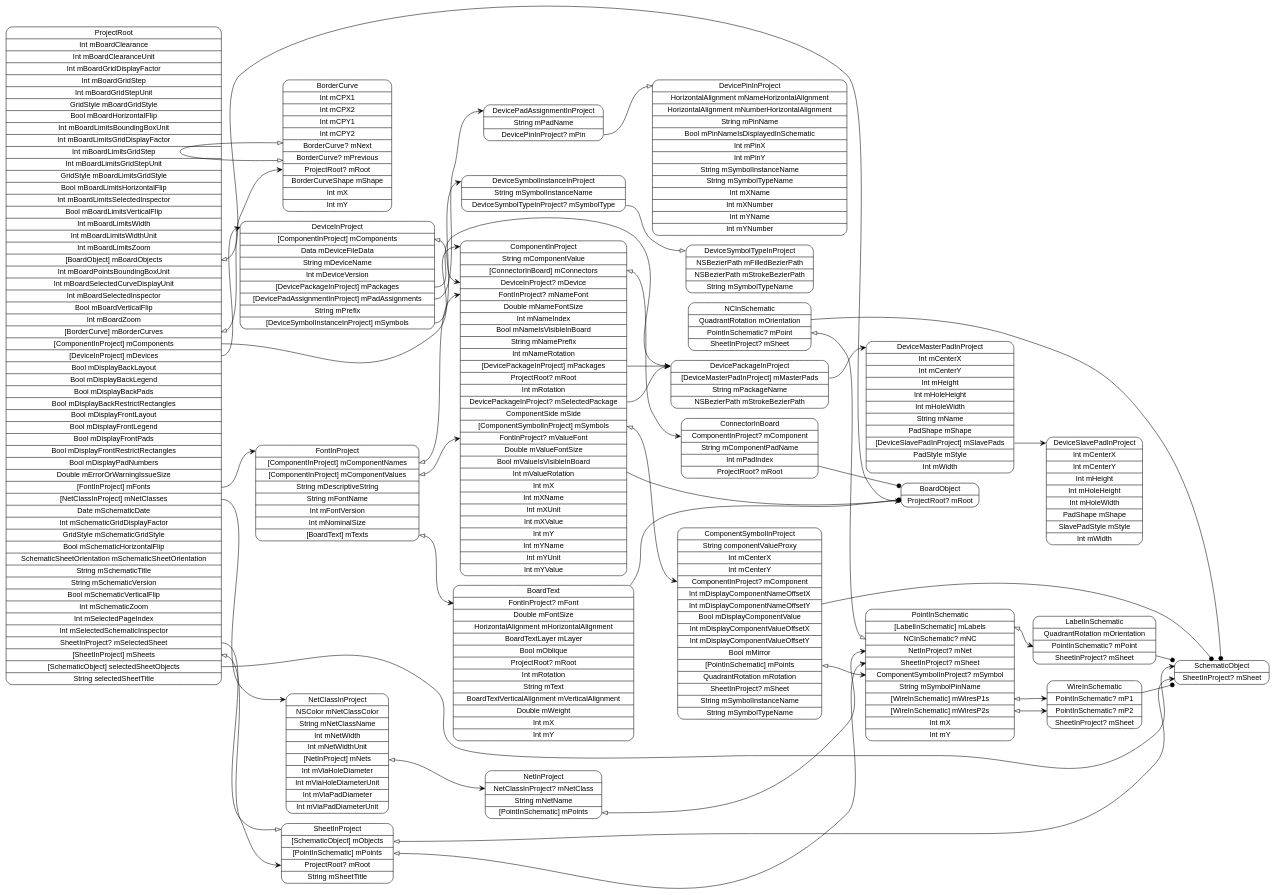
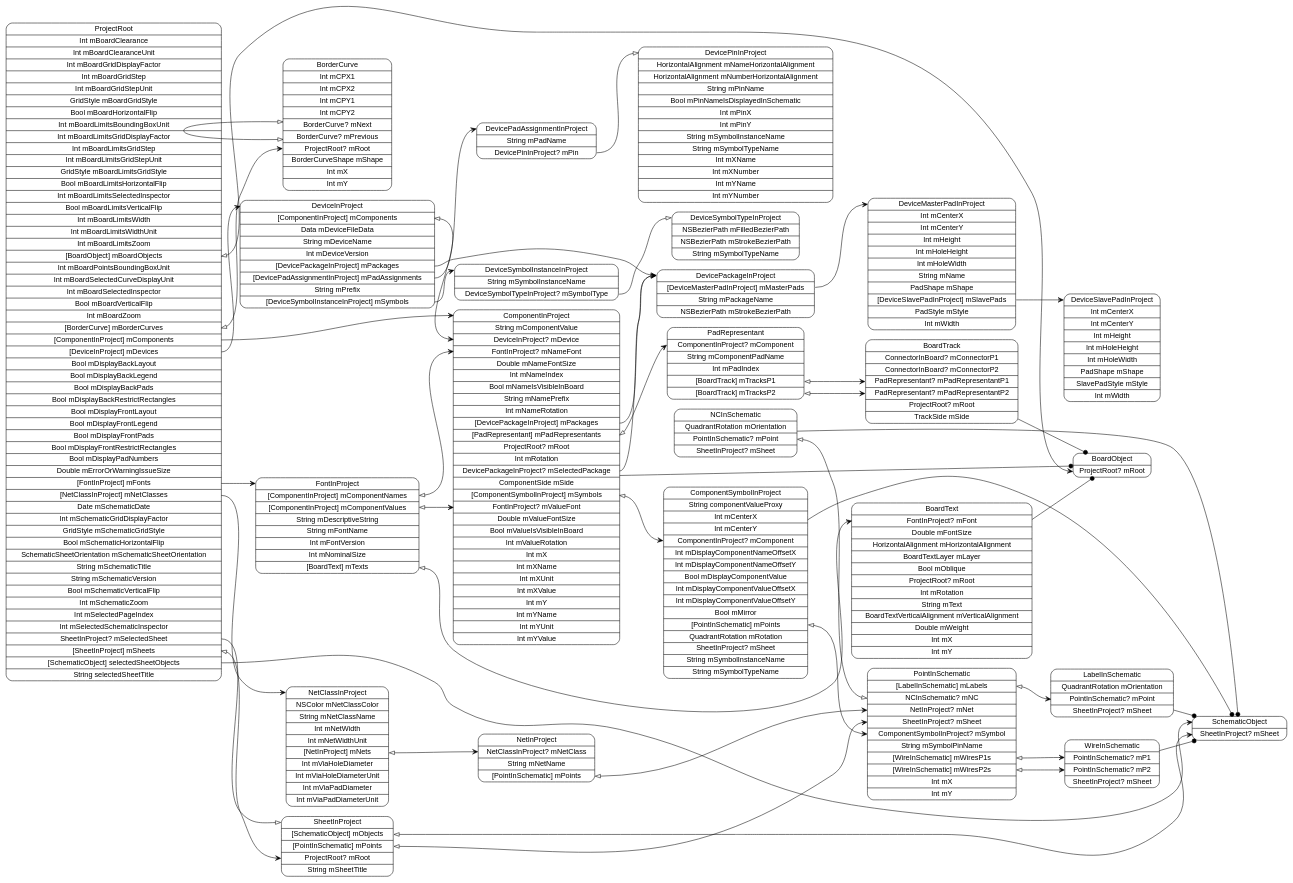
One commit to pierremolinaro/ElCanari-dev changed the diagram in models/ProjectRoot.dot. Above: the diagram before and after it, drawn with Graphviz. The commit also changed 43 other files, not shown here.

```diff
--- a/models/ProjectRoot.dot
+++ b/models/ProjectRoot.dot
@@ -1,69 +1,72 @@
 digraph G {
   rankdir=LR ;
   node [shape=record fontname=helvetica style=rounded] ;
   ProjectRoot[label="<ProjectRoot>ProjectRoot|Int mBoardClearance|Int mBoardClearanceUnit|Int mBoardGridDisplayFactor|Int mBoardGridStep|Int mBoardGridStepUnit|GridStyle mBoardGridStyle|Bool mBoardHorizontalFlip|Int mBoardLimitsBoundingBoxUnit|Int mBoardLimitsGridDisplayFactor|Int mBoardLimitsGridStep|Int mBoardLimitsGridStepUnit|GridStyle mBoardLimitsGridStyle|Bool mBoardLimitsHorizontalFlip|Int mBoardLimitsSelectedInspector|Bool mBoardLimitsVerticalFlip|Int mBoardLimitsWidth|Int mBoardLimitsWidthUnit|Int mBoardLimitsZoom|<mBoardObjects>[BoardObject] mBoardObjects|Int mBoardPointsBoundingBoxUnit|Int mBoardSelectedCurveDisplayUnit|Int mBoardSelectedInspector|Bool mBoardVerticalFlip|Int mBoardZoom|<mBorderCurves>[BorderCurve] mBorderCurves|<mComponents>[ComponentInProject] mComponents|<mDevices>[DeviceInProject] mDevices|Bool mDisplayBackLayout|Bool mDisplayBackLegend|Bool mDisplayBackPads|Bool mDisplayBackRestrictRectangles|Bool mDisplayFrontLayout|Bool mDisplayFrontLegend|Bool mDisplayFrontPads|Bool mDisplayFrontRestrictRectangles|Bool mDisplayPadNumbers|Double mErrorOrWarningIssueSize|<mFonts>[FontInProject] mFonts|<mNetClasses>[NetClassInProject] mNetClasses|Date mSchematicDate|Int mSchematicGridDisplayFactor|GridStyle mSchematicGridStyle|Bool mSchematicHorizontalFlip|SchematicSheetOrientation mSchematicSheetOrientation|String mSchematicTitle|String mSchematicVersion|Bool mSchematicVerticalFlip|Int mSchematicZoom|Int mSelectedPageIndex|Int mSelectedSchematicInspector|<mSelectedSheet>SheetInProject? mSelectedSheet|<mSheets>[SheetInProject] mSheets|<selectedSheetObjects>[SchematicObject] selectedSheetObjects|String selectedSheetTitle"] ;
   SchematicObject[label="<SchematicObject>SchematicObject|<mSheet>SheetInProject? mSheet"] ;
   SheetInProject[label="<SheetInProject>SheetInProject|<mObjects>[SchematicObject] mObjects|<mPoints>[PointInSchematic] mPoints|<mRoot>ProjectRoot? mRoot|String mSheetTitle"] ;
   PointInSchematic[label="<PointInSchematic>PointInSchematic|<mLabels>[LabelInSchematic] mLabels|<mNC>NCInSchematic? mNC|<mNet>NetInProject? mNet|<mSheet>SheetInProject? mSheet|<mSymbol>ComponentSymbolInProject? mSymbol|String mSymbolPinName|<mWiresP1s>[WireInSchematic] mWiresP1s|<mWiresP2s>[WireInSchematic] mWiresP2s|Int mX|Int mY"] ;
   WireInSchematic[label="<WireInSchematic>WireInSchematic|<mP1>PointInSchematic? mP1|<mP2>PointInSchematic? mP2|<mSheet>SheetInProject? mSheet"] ;
   NCInSchematic[label="<NCInSchematic>NCInSchematic|QuadrantRotation mOrientation|<mPoint>PointInSchematic? mPoint|<mSheet>SheetInProject? mSheet"] ;
   LabelInSchematic[label="<LabelInSchematic>LabelInSchematic|QuadrantRotation mOrientation|<mPoint>PointInSchematic? mPoint|<mSheet>SheetInProject? mSheet"] ;
   NetClassInProject[label="<NetClassInProject>NetClassInProject|NSColor mNetClassColor|String mNetClassName|Int mNetWidth|Int mNetWidthUnit|<mNets>[NetInProject] mNets|Int mViaHoleDiameter|Int mViaHoleDiameterUnit|Int mViaPadDiameter|Int mViaPadDiameterUnit"] ;
   NetInProject[label="<NetInProject>NetInProject|<mNetClass>NetClassInProject? mNetClass|String mNetName|<mPoints>[PointInSchematic] mPoints"] ;
   FontInProject[label="<FontInProject>FontInProject|<mComponentNames>[ComponentInProject] mComponentNames|<mComponentValues>[ComponentInProject] mComponentValues|String mDescriptiveString|String mFontName|Int mFontVersion|Int mNominalSize|<mTexts>[BoardText] mTexts"] ;
   BoardText[label="<BoardText>BoardText|<mFont>FontInProject? mFont|Double mFontSize|HorizontalAlignment mHorizontalAlignment|BoardTextLayer mLayer|Bool mOblique|<mRoot>ProjectRoot? mRoot|Int mRotation|String mText|BoardTextVerticalAlignment mVerticalAlignment|Double mWeight|Int mX|Int mY"] ;
   DeviceInProject[label="<DeviceInProject>DeviceInProject|<mComponents>[ComponentInProject] mComponents|Data mDeviceFileData|String mDeviceName|Int mDeviceVersion|<mPackages>[DevicePackageInProject] mPackages|<mPadAssignments>[DevicePadAssignmentInProject] mPadAssignments|String mPrefix|<mSymbols>[DeviceSymbolInstanceInProject] mSymbols"] ;
   DeviceSymbolInstanceInProject[label="<DeviceSymbolInstanceInProject>DeviceSymbolInstanceInProject|String mSymbolInstanceName|<mSymbolType>DeviceSymbolTypeInProject? mSymbolType"] ;
   DeviceSymbolTypeInProject[label="<DeviceSymbolTypeInProject>DeviceSymbolTypeInProject|NSBezierPath mFilledBezierPath|NSBezierPath mStrokeBezierPath|String mSymbolTypeName"] ;
   DevicePadAssignmentInProject[label="<DevicePadAssignmentInProject>DevicePadAssignmentInProject|String mPadName|<mPin>DevicePinInProject? mPin"] ;
   DevicePinInProject[label="<DevicePinInProject>DevicePinInProject|HorizontalAlignment mNameHorizontalAlignment|HorizontalAlignment mNumberHorizontalAlignment|String mPinName|Bool mPinNameIsDisplayedInSchematic|Int mPinX|Int mPinY|String mSymbolInstanceName|String mSymbolTypeName|Int mXName|Int mXNumber|Int mYName|Int mYNumber"] ;
   DevicePackageInProject[label="<DevicePackageInProject>DevicePackageInProject|<mMasterPads>[DeviceMasterPadInProject] mMasterPads|String mPackageName|NSBezierPath mStrokeBezierPath"] ;
   DeviceMasterPadInProject[label="<DeviceMasterPadInProject>DeviceMasterPadInProject|Int mCenterX|Int mCenterY|Int mHeight|Int mHoleHeight|Int mHoleWidth|String mName|PadShape mShape|<mSlavePads>[DeviceSlavePadInProject] mSlavePads|PadStyle mStyle|Int mWidth"] ;
   DeviceSlavePadInProject[label="<DeviceSlavePadInProject>DeviceSlavePadInProject|Int mCenterX|Int mCenterY|Int mHeight|Int mHoleHeight|Int mHoleWidth|PadShape mShape|SlavePadStyle mStyle|Int mWidth"] ;
-  ComponentInProject[label="<ComponentInProject>ComponentInProject|String mComponentValue|<mConnectors>[ConnectorInBoard] mConnectors|<mDevice>DeviceInProject? mDevice|<mNameFont>FontInProject? mNameFont|Double mNameFontSize|Int mNameIndex|Bool mNameIsVisibleInBoard|String mNamePrefix|Int mNameRotation|<mPackages>[DevicePackageInProject] mPackages|<mRoot>ProjectRoot? mRoot|Int mRotation|<mSelectedPackage>DevicePackageInProject? mSelectedPackage|ComponentSide mSide|<mSymbols>[ComponentSymbolInProject] mSymbols|<mValueFont>FontInProject? mValueFont|Double mValueFontSize|Bool mValueIsVisibleInBoard|Int mValueRotation|Int mX|Int mXName|Int mXUnit|Int mXValue|Int mY|Int mYName|Int mYUnit|Int mYValue"] ;
+  ComponentInProject[label="<ComponentInProject>ComponentInProject|String mComponentValue|<mDevice>DeviceInProject? mDevice|<mNameFont>FontInProject? mNameFont|Double mNameFontSize|Int mNameIndex|Bool mNameIsVisibleInBoard|String mNamePrefix|Int mNameRotation|<mPackages>[DevicePackageInProject] mPackages|<mPadRepresentants>[PadRepresentant] mPadRepresentants|<mRoot>ProjectRoot? mRoot|Int mRotation|<mSelectedPackage>DevicePackageInProject? mSelectedPackage|ComponentSide mSide|<mSymbols>[ComponentSymbolInProject] mSymbols|<mValueFont>FontInProject? mValueFont|Double mValueFontSize|Bool mValueIsVisibleInBoard|Int mValueRotation|Int mX|Int mXName|Int mXUnit|Int mXValue|Int mY|Int mYName|Int mYUnit|Int mYValue"] ;
   ComponentSymbolInProject[label="<ComponentSymbolInProject>ComponentSymbolInProject|String componentValueProxy|Int mCenterX|Int mCenterY|<mComponent>ComponentInProject? mComponent|Int mDisplayComponentNameOffsetX|Int mDisplayComponentNameOffsetY|Bool mDisplayComponentValue|Int mDisplayComponentValueOffsetX|Int mDisplayComponentValueOffsetY|Bool mMirror|<mPoints>[PointInSchematic] mPoints|QuadrantRotation mRotation|<mSheet>SheetInProject? mSheet|String mSymbolInstanceName|String mSymbolTypeName"] ;
-  ConnectorInBoard[label="<ConnectorInBoard>ConnectorInBoard|<mComponent>ComponentInProject? mComponent|String mComponentPadName|Int mPadIndex|<mRoot>ProjectRoot? mRoot"] ;
+  PadRepresentant[label="<PadRepresentant>PadRepresentant|<mComponent>ComponentInProject? mComponent|String mComponentPadName|Int mPadIndex|<mTracksP1>[BoardTrack] mTracksP1|<mTracksP2>[BoardTrack] mTracksP2"] ;
+  BoardTrack[label="<BoardTrack>BoardTrack|<mConnectorP1>ConnectorInBoard? mConnectorP1|<mConnectorP2>ConnectorInBoard? mConnectorP2|<mPadRepresentantP1>PadRepresentant? mPadRepresentantP1|<mPadRepresentantP2>PadRepresentant? mPadRepresentantP2|<mRoot>ProjectRoot? mRoot|TrackSide mSide"] ;
   BorderCurve[label="<BorderCurve>BorderCurve|Int mCPX1|Int mCPX2|Int mCPY1|Int mCPY2|<mNext>BorderCurve? mNext|<mPrevious>BorderCurve? mPrevious|<mRoot>ProjectRoot? mRoot|BorderCurveShape mShape|Int mX|Int mY"] ;
   BoardObject[label="<BoardObject>BoardObject|<mRoot>ProjectRoot? mRoot"] ;
   ProjectRoot:mBoardObjects -> BoardObject:mRoot [dir=both arrowtail=onormal arrowhead=vee] ;
   ProjectRoot:mBorderCurves -> BorderCurve:mRoot [dir=both arrowtail=onormal arrowhead=vee] ;
   ProjectRoot:mComponents -> ComponentInProject:ComponentInProject [dir=both arrowtail=none arrowhead=vee] ;
   ProjectRoot:mDevices -> DeviceInProject:DeviceInProject [dir=both arrowtail=none arrowhead=vee] ;
   ProjectRoot:mFonts -> FontInProject:FontInProject [dir=both arrowtail=none arrowhead=vee] ;
   ProjectRoot:mNetClasses -> NetClassInProject:NetClassInProject [dir=both arrowtail=none arrowhead=vee] ;
   ProjectRoot:mSelectedSheet -> SheetInProject:SheetInProject [dir=both arrowtail=none arrowhead=onormal] ;
   ProjectRoot:mSheets -> SheetInProject:mRoot [dir=both arrowtail=onormal arrowhead=vee] ;
   ProjectRoot:selectedSheetObjects -> SchematicObject:SchematicObject [dir=both arrowtail=none arrowhead=vee] ;
   SheetInProject:mObjects -> SchematicObject:mSheet [dir=both arrowtail=onormal arrowhead=vee] ;
   SheetInProject:mPoints -> PointInSchematic:mSheet [dir=both arrowtail=onormal arrowhead=vee] ;
   PointInSchematic:mLabels -> LabelInSchematic:mPoint [dir=both arrowtail=onormal arrowhead=vee] ;
   PointInSchematic:mWiresP1s -> WireInSchematic:mP1 [dir=both arrowtail=onormal arrowhead=vee] ;
   PointInSchematic:mWiresP2s -> WireInSchematic:mP2 [dir=both arrowtail=onormal arrowhead=vee] ;
   WireInSchematic -> SchematicObject [arrowhead=dot] ;
   NCInSchematic -> SchematicObject [arrowhead=dot] ;
   NCInSchematic:mPoint -> PointInSchematic:mNC [dir=both arrowtail=onormal arrowhead=onormal] ;
   LabelInSchematic -> SchematicObject [arrowhead=dot] ;
   NetClassInProject:mNets -> NetInProject:mNetClass [dir=both arrowtail=onormal arrowhead=vee] ;
   NetInProject:mPoints -> PointInSchematic:mNet [dir=both arrowtail=onormal arrowhead=vee] ;
   FontInProject:mComponentNames -> ComponentInProject:mNameFont [dir=both arrowtail=onormal arrowhead=vee] ;
   FontInProject:mComponentValues -> ComponentInProject:mValueFont [dir=both arrowtail=onormal arrowhead=vee] ;
   FontInProject:mTexts -> BoardText:mFont [dir=both arrowtail=onormal arrowhead=vee] ;
   BoardText -> BoardObject [arrowhead=dot] ;
   DeviceInProject:mComponents -> ComponentInProject:mDevice [dir=both arrowtail=onormal arrowhead=vee] ;
   DeviceInProject:mPackages -> DevicePackageInProject:DevicePackageInProject [dir=both arrowtail=none arrowhead=vee] ;
   DeviceInProject:mPadAssignments -> DevicePadAssignmentInProject:DevicePadAssignmentInProject [dir=both arrowtail=none arrowhead=vee] ;
   DeviceInProject:mSymbols -> DeviceSymbolInstanceInProject:DeviceSymbolInstanceInProject [dir=both arrowtail=none arrowhead=vee] ;
   DeviceSymbolInstanceInProject:mSymbolType -> DeviceSymbolTypeInProject:DeviceSymbolTypeInProject [dir=both arrowtail=none arrowhead=onormal] ;
   DevicePadAssignmentInProject:mPin -> DevicePinInProject:DevicePinInProject [dir=both arrowtail=none arrowhead=onormal] ;
   DevicePackageInProject:mMasterPads -> DeviceMasterPadInProject:DeviceMasterPadInProject [dir=both arrowtail=none arrowhead=vee] ;
   DeviceMasterPadInProject:mSlavePads -> DeviceSlavePadInProject:DeviceSlavePadInProject [dir=both arrowtail=none arrowhead=vee] ;
   ComponentInProject -> BoardObject [arrowhead=dot] ;
-  ComponentInProject:mConnectors -> ConnectorInBoard:mComponent [dir=both arrowtail=onormal arrowhead=vee] ;
   ComponentInProject:mPackages -> DevicePackageInProject:DevicePackageInProject [dir=both arrowtail=none arrowhead=vee] ;
+  ComponentInProject:mPadRepresentants -> PadRepresentant:mComponent [dir=both arrowtail=onormal arrowhead=vee] ;
   ComponentInProject:mSelectedPackage -> DevicePackageInProject:DevicePackageInProject [dir=both arrowtail=none arrowhead=onormal] ;
   ComponentInProject:mSymbols -> ComponentSymbolInProject:mComponent [dir=both arrowtail=onormal arrowhead=vee] ;
   ComponentSymbolInProject -> SchematicObject [arrowhead=dot] ;
   ComponentSymbolInProject:mPoints -> PointInSchematic:mSymbol [dir=both arrowtail=onormal arrowhead=vee] ;
-  ConnectorInBoard -> BoardObject [arrowhead=dot] ;
+  PadRepresentant:mTracksP1 -> BoardTrack:mPadRepresentantP1 [dir=both arrowtail=onormal arrowhead=vee] ;
+  PadRepresentant:mTracksP2 -> BoardTrack:mPadRepresentantP2 [dir=both arrowtail=onormal arrowhead=vee] ;
+  BoardTrack -> BoardObject [arrowhead=dot] ;
   BorderCurve:mPrevious -> BorderCurve:mNext [dir=both arrowtail=onormal arrowhead=onormal] ;
 }
```
